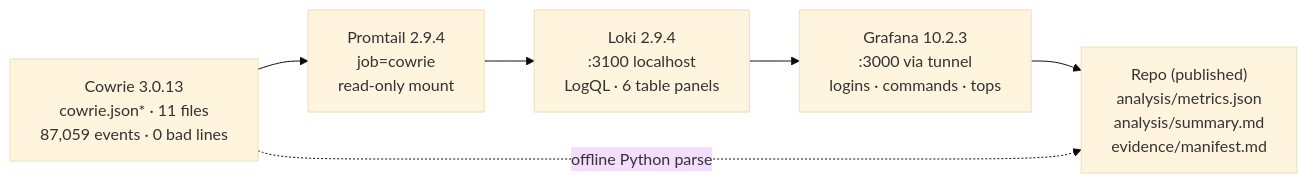
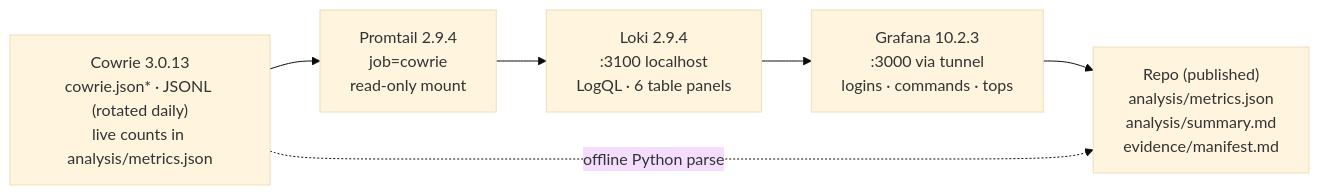
Before and after one commit to aaadarsh1337/threat-harbour: the diagram in diagrams/data-pipeline.mmd, drawn with Mermaid (base theme). The commit also changed 21 other files, not shown here.

```diff
--- a/diagrams/data-pipeline.mmd
+++ b/diagrams/data-pipeline.mmd
@@ -1,9 +1,9 @@
 flowchart LR
-    Cowrie["Cowrie 3.0.13<br/>cowrie.json* · 11 files<br/>87,059 events · 0 bad lines"]
+    Cowrie["Cowrie 3.0.13<br/>cowrie.json* · JSONL (rotated daily)<br/>live counts in analysis/metrics.json"]
     Promtail["Promtail 2.9.4<br/>job=cowrie<br/>read-only mount"]
     Loki["Loki 2.9.4<br/>:3100 localhost<br/>LogQL · 6 table panels"]
     Grafana["Grafana 10.2.3<br/>:3000 via tunnel<br/>logins · commands · tops"]
     Repo["Repo (published)<br/>analysis/metrics.json<br/>analysis/summary.md<br/>evidence/manifest.md"]
 
     Cowrie --> Promtail --> Loki --> Grafana --> Repo
     Cowrie -. offline Python parse .-> Repo
```
